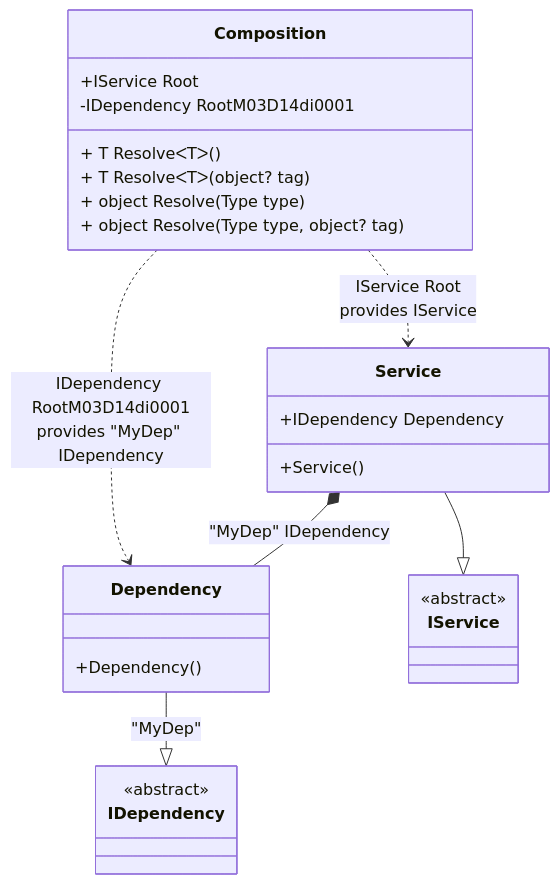
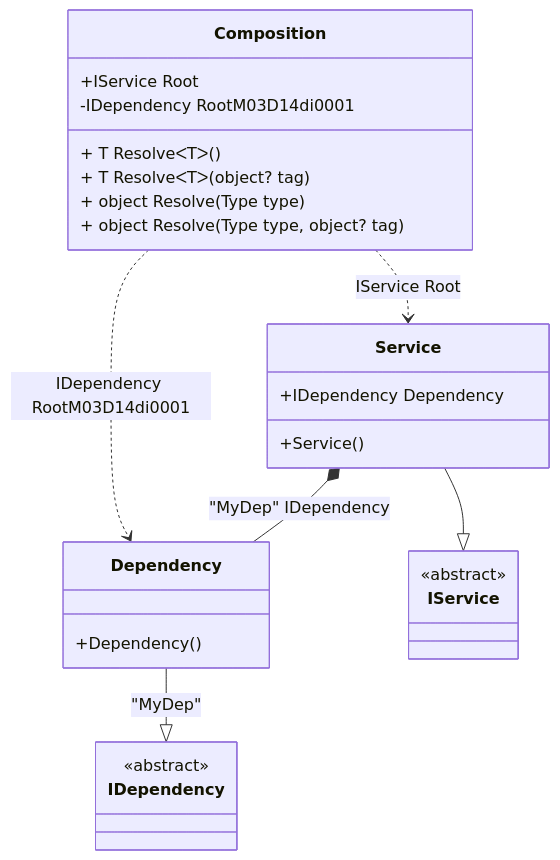
The diagram in readme/check-for-a-root.md (DevTeam/Pure.DI), drawn with Mermaid before and after one commit. The commit also changed other lines of this file and 74 other files, not shown here.

````diff
--- a/readme/check-for-a-root.md
+++ b/readme/check-for-a-root.md
@@ -63,29 +63,29 @@
 ```mermaid
 classDiagram
   class Composition {
     +IService Root
     -IDependency RootM03D14di0001
     + T ResolveᐸTᐳ()
     + T ResolveᐸTᐳ(object? tag)
     + object Resolve(Type type)
     + object Resolve(Type type, object? tag)
   }
   Dependency --|> IDependency : "MyDep" 
   class Dependency {
     +Dependency()
   }
   Service --|> IService : 
   class Service {
     +Service()
     +IDependency Dependency
   }
   class IDependency {
     <<abstract>>
   }
   class IService {
     <<abstract>>
   }
   Service *--  Dependency : "MyDep"  IDependency
-  Composition ..> Dependency : IDependency RootM03D14di0001<br/>provides "MyDep" IDependency
-  Composition ..> Service : IService Root<br/>provides IService
+  Composition ..> Dependency : IDependency RootM03D14di0001
+  Composition ..> Service : IService Root
 ```
````
